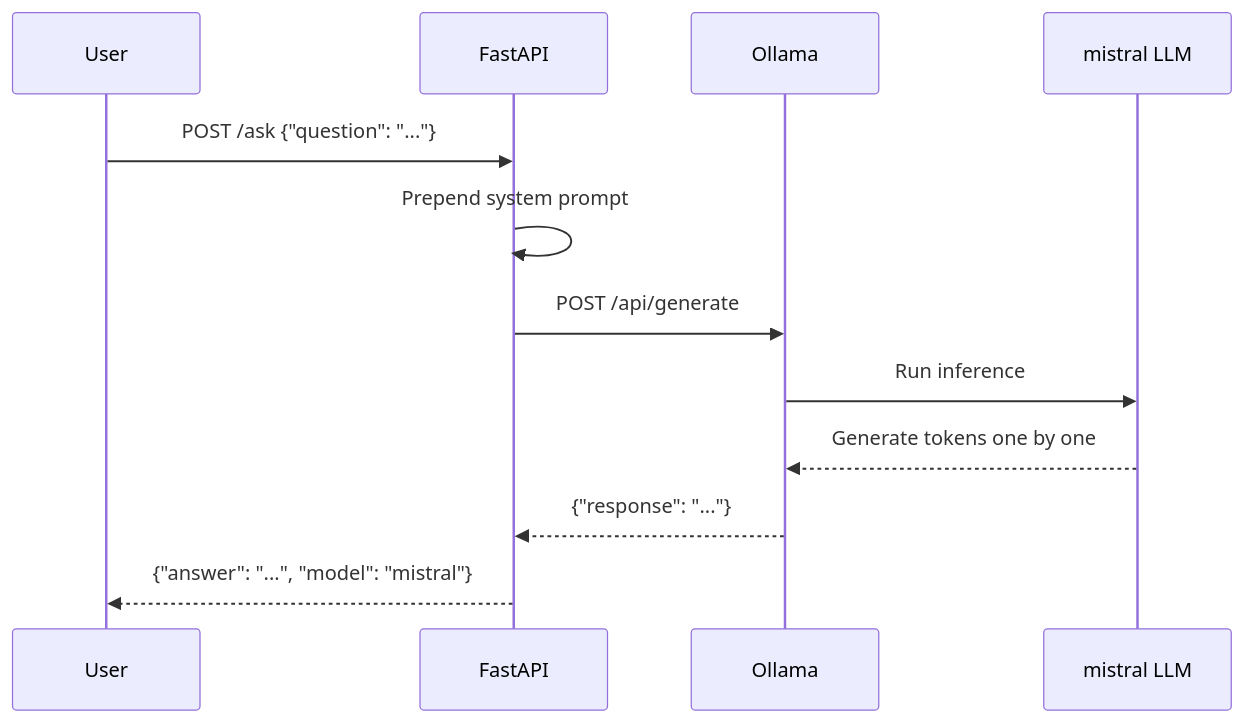
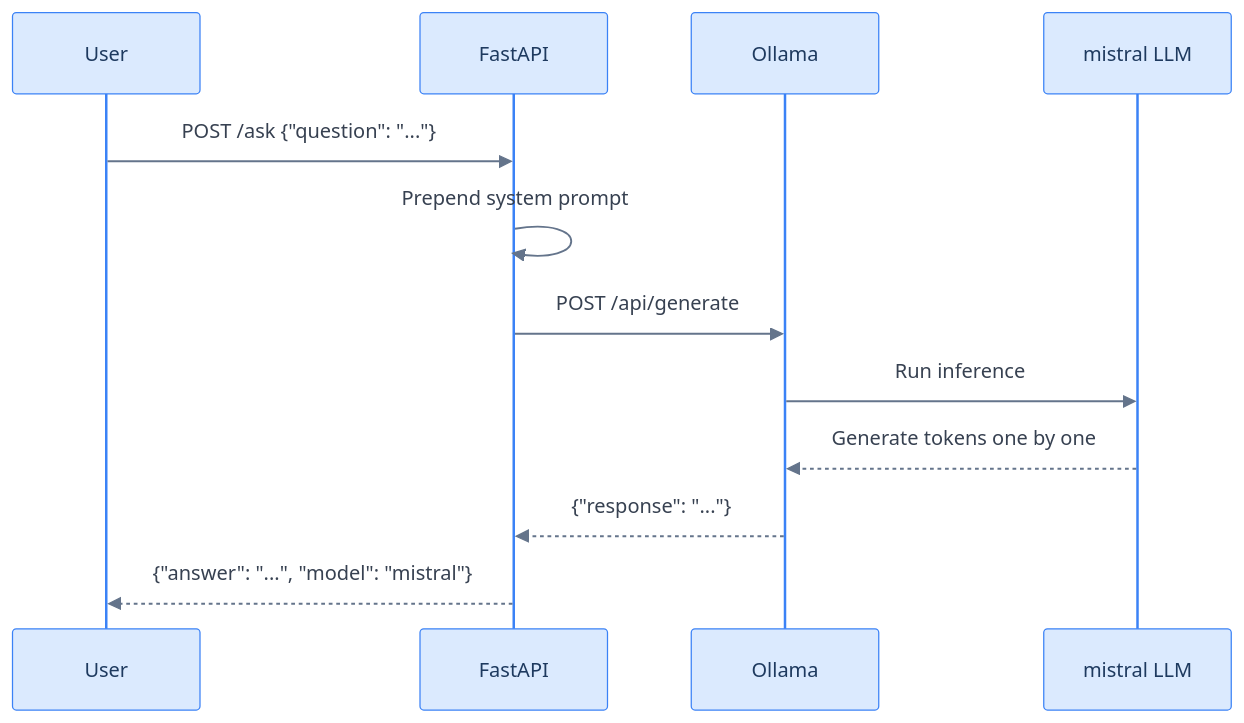
One commit to biswa123642/local-k8s-ai-agent changed the second of 3 diagrams in README.md. Above: the diagram before and after it, drawn with Mermaid. The commit also changed other lines of this file and 1 other file, not shown here.

Commit message:
Add colors to all Mermaid diagrams

````diff
--- a/README.md
+++ b/README.md
@@ -299,15 +315,16 @@
 ```mermaid
+%%{init: {'theme': 'base', 'themeVariables': {'actorBkg': '#dbeafe', 'actorBorder': '#3b82f6', 'actorTextColor': '#1e3a5f', 'signalColor': '#64748b', 'signalTextColor': '#374151', 'noteBkgColor': '#fef9c3', 'noteBorderColor': '#f59e0b'}}}%%
 sequenceDiagram
     participant U as User
     participant A as FastAPI
     participant O as Ollama
     participant M as mistral LLM
 
     U->>A: POST /ask {"question": "..."}
     A->>A: Prepend system prompt
     A->>O: POST /api/generate
     O->>M: Run inference
     M-->>O: Generate tokens one by one
     O-->>A: {"response": "..."}
     A-->>U: {"answer": "...", "model": "mistral"}
 ```
````
